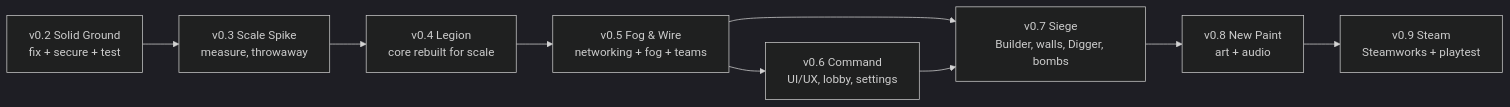
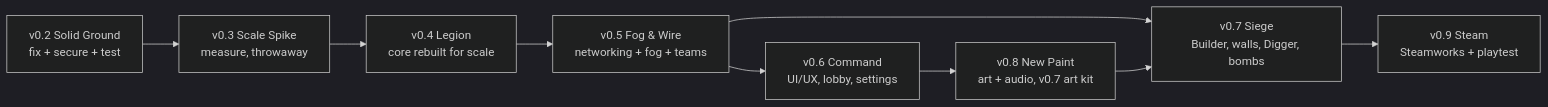
The diagram in docs/roadmap.md (CoolCoder353/WAR-2D), drawn with Mermaid (dark theme) before and after one commit. The commit also changed other lines of this file and 3 other files, not shown here.

````diff
--- a/docs/roadmap.md
+++ b/docs/roadmap.md
@@ -47,11 +47,11 @@
 ```mermaid
 flowchart LR
     v02[v0.2 Solid Ground<br/>fix + secure + test] --> v03[v0.3 Scale Spike<br/>measure, throwaway]
     v03 --> v04[v0.4 Legion<br/>core rebuilt for scale]
     v04 --> v05[v0.5 Fog & Wire<br/>networking + fog + teams]
     v05 --> v06[v0.6 Command<br/>UI/UX, lobby, settings]
+    v06 --> v08[v0.8 New Paint<br/>art + audio, v0.7 art kit]
     v05 --> v07[v0.7 Siege<br/>Builder, walls, Digger, bombs]
-    v06 --> v07
-    v07 --> v08[v0.8 New Paint<br/>art + audio]
-    v08 --> v09[v0.9 Steam<br/>Steamworks + playtest]
+    v08 --> v07
+    v07 --> v09[v0.9 Steam<br/>Steamworks + playtest]
 ```
````
